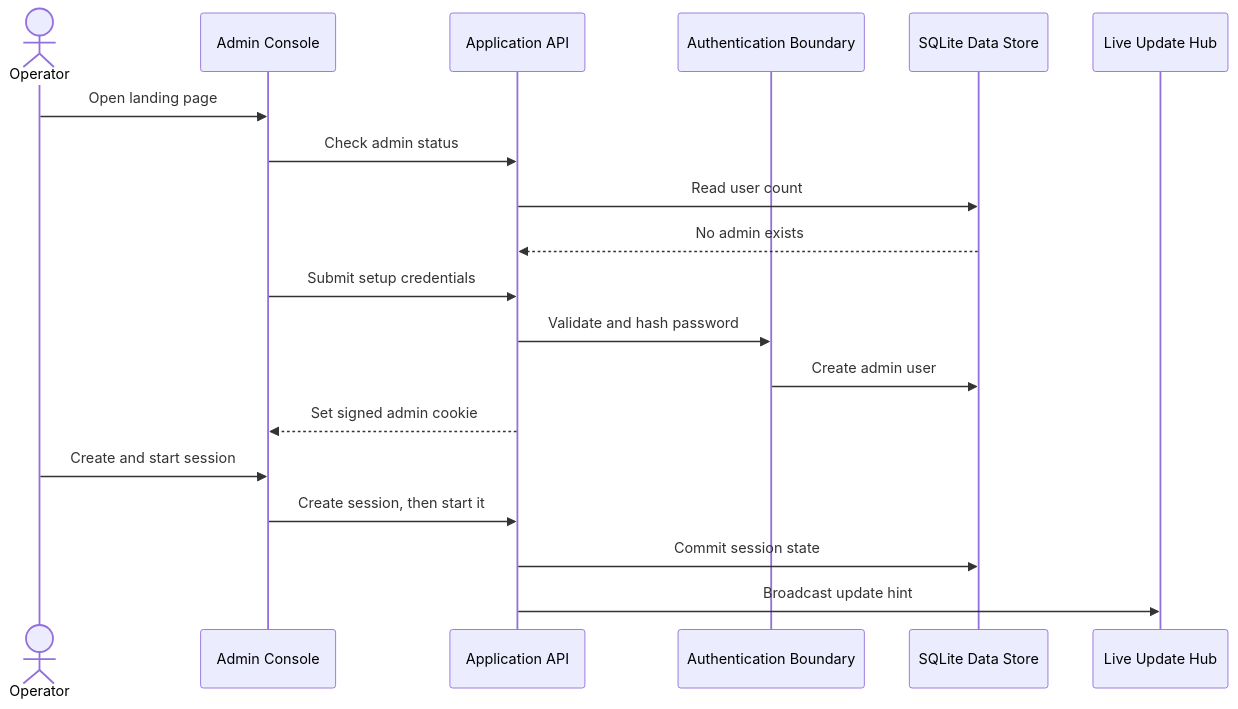
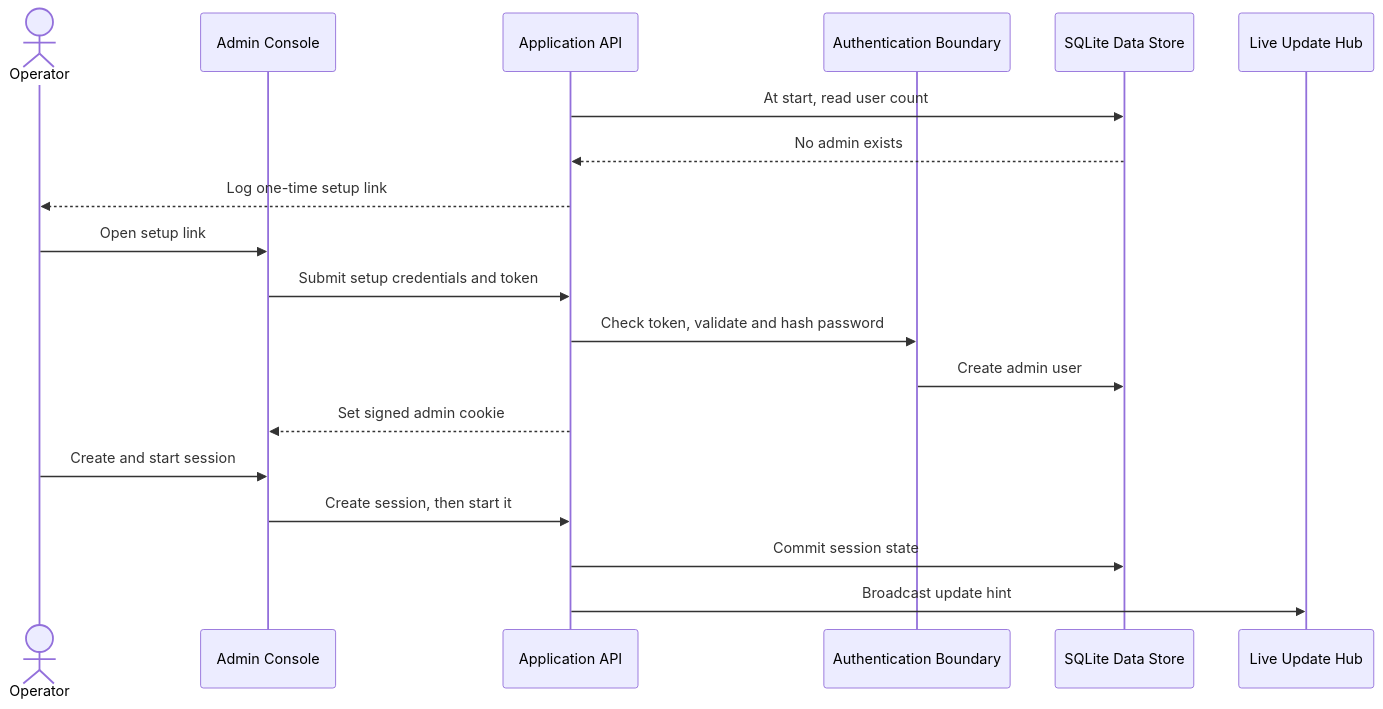
Before and after one commit to kvsankar/prashna: the second of 6 diagrams in design.md, drawn with Mermaid. The commit also changed other lines of this file and 28 other files, not shown here.

````diff
--- a/design.md
+++ b/design.md
@@ -282,22 +282,22 @@
 ```mermaid
 sequenceDiagram
   actor Operator
   participant Admin as Admin Console
   participant API as Application API
   participant Auth as Authentication Boundary
   participant Data as SQLite Data Store
   participant Live as Live Update Hub
 
-  Operator->>Admin: Open landing page
-  Admin->>API: Check admin status
-  API->>Data: Read user count
+  API->>Data: At start, read user count
   Data-->>API: No admin exists
-  Admin->>API: Submit setup credentials
-  API->>Auth: Validate and hash password
+  API-->>Operator: Log one-time setup link
+  Operator->>Admin: Open setup link
+  Admin->>API: Submit setup credentials and token
+  API->>Auth: Check token, validate and hash password
   Auth->>Data: Create admin user
   API-->>Admin: Set signed admin cookie
   Operator->>Admin: Create and start session
   Admin->>API: Create session, then start it
   API->>Data: Commit session state
   API->>Live: Broadcast update hint
 ```
````
